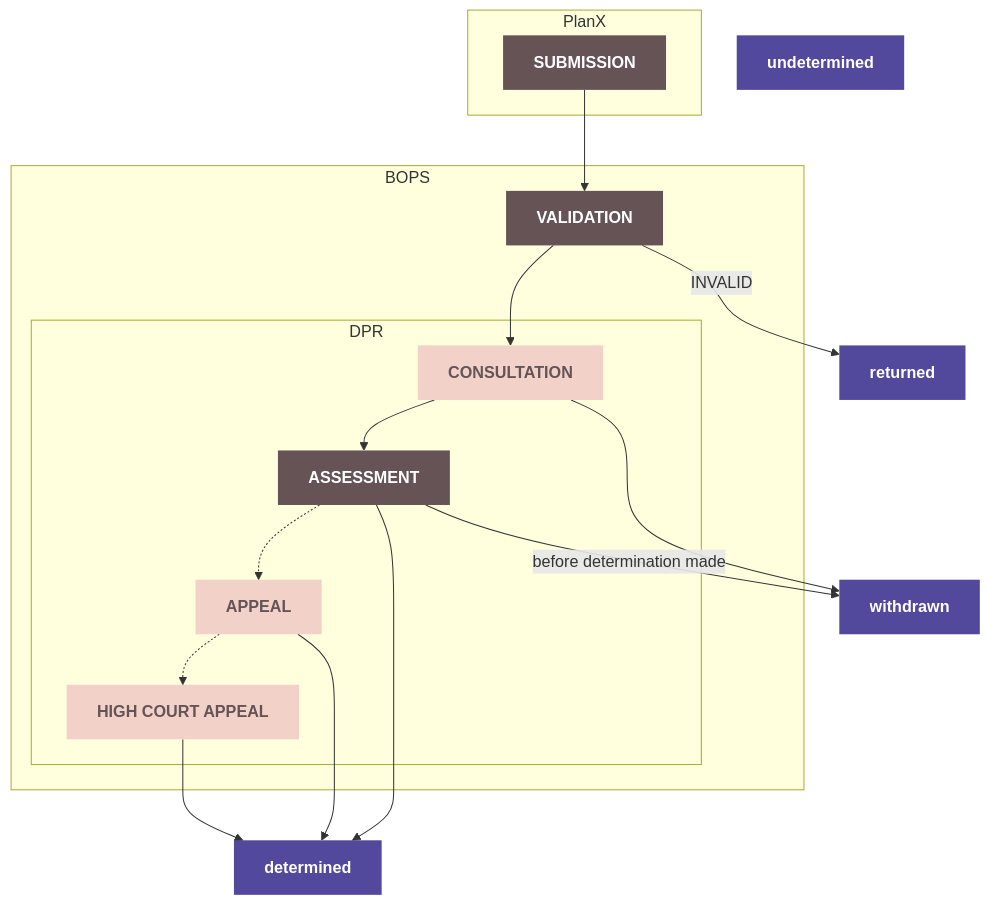
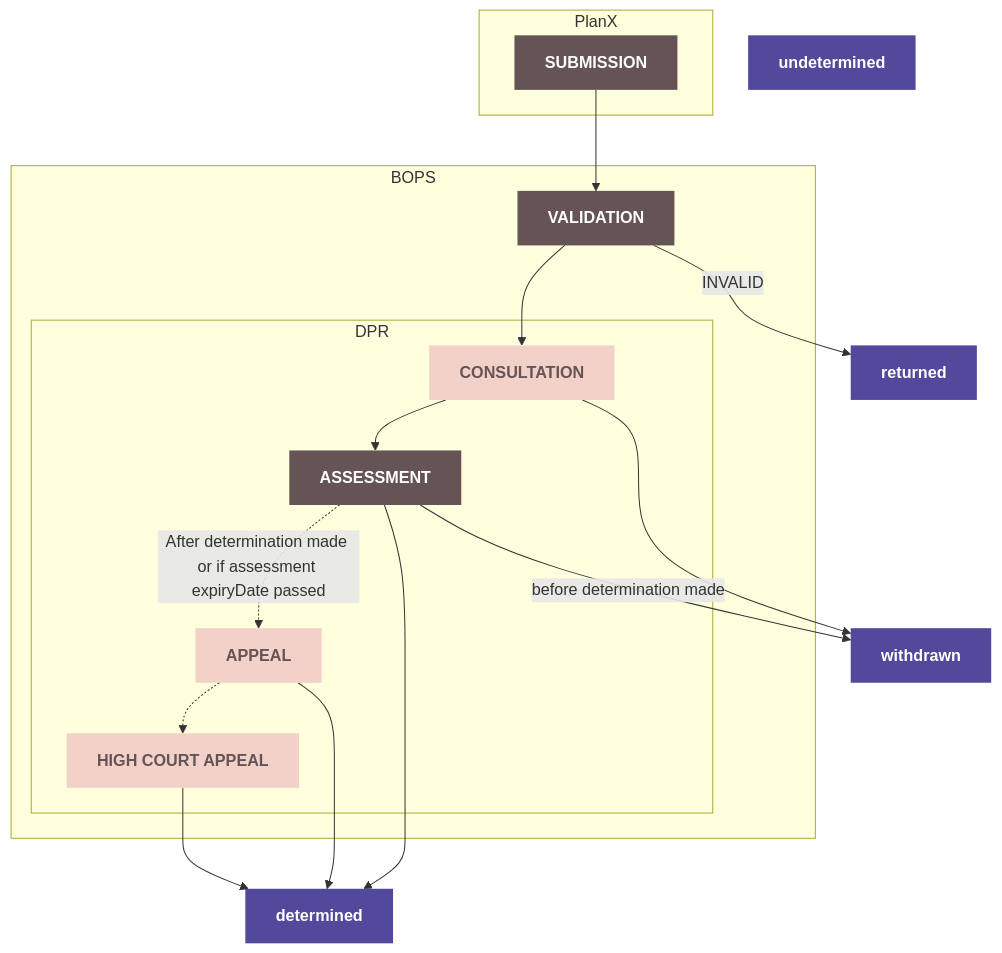
Before and after one commit to tpximpact/digital-planning-register: the fourth of 4 diagrams in src/types/odp-types/schemas/postSubmissionApplication/README.md, drawn with Mermaid. The commit also changed 5 other files, not shown here.

Commit message:
DSNPI-1008 latest ODP schema changes

````diff
--- a/src/types/odp-types/schemas/postSubmissionApplication/README.md
+++ b/src/types/odp-types/schemas/postSubmissionApplication/README.md
@@ -126,64 +126,64 @@
 ```mermaid
 flowchart TD
 
     subgraph PlanX
     submission
     end
     subgraph BOPS
     validation
         subgraph DPR
            consultation
            assessment
            appeal
            highCourtAppeal
         end
     end
 
 
 
 %% stages
 
 submission[SUBMISSION]:::stage
 validation[VALIDATION]:::stage
 consultation[CONSULTATION]:::stageOptional
 assessment[ASSESSMENT]:::stage
 appeal[APPEAL]:::stageOptional
 highCourtAppeal[HIGH COURT APPEAL]:::stageOptional
 
 
 %% status
 
 returned:::status
 withdrawn:::status
 determined:::status
 undetermined:::status
 
 
 
 %% flow
 
 submission --> validation
 validation --> consultation
 consultation --> assessment
-assessment -.-> appeal
+assessment -.-> |After determination made or if assessment expiryDate passed|appeal
 appeal -.-> highCourtAppeal
 
 
 %% status flow
 
 validation --> |INVALID|returned
 
 assessment --> determined
 appeal --> determined
 highCourtAppeal --> determined
 
 consultation --> withdrawn
 assessment --> |before determination made|withdrawn
 
 
 
 classDef stage fill:#655356,color:#FFF,stroke-width:0px,font-weight:bold;
 classDef stageOptional fill:#F2D1C9,color:#655356,stroke-width:0px,font-weight:bold;
 classDef status fill:#52489C,color:#FFF,stroke-width:0px,font-weight:bold;
 classDef check fill:#BAD1CD,color:#655356,stroke-width:0px;
 ```
````
